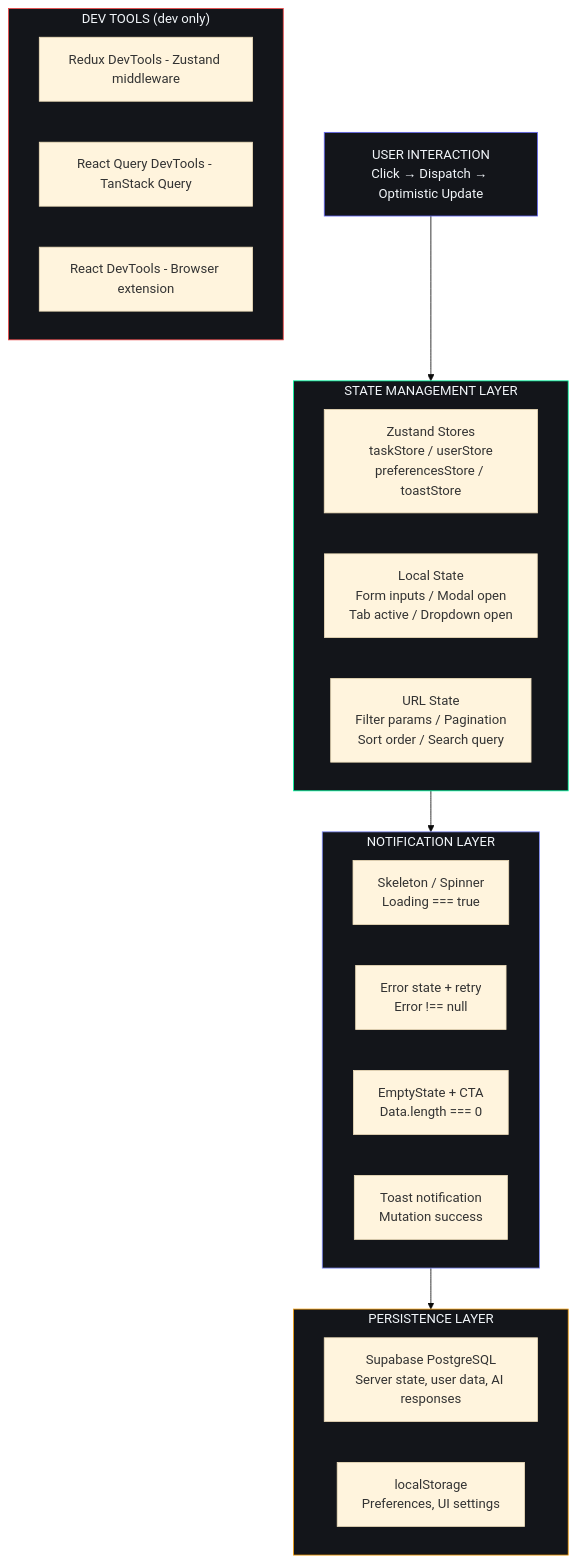
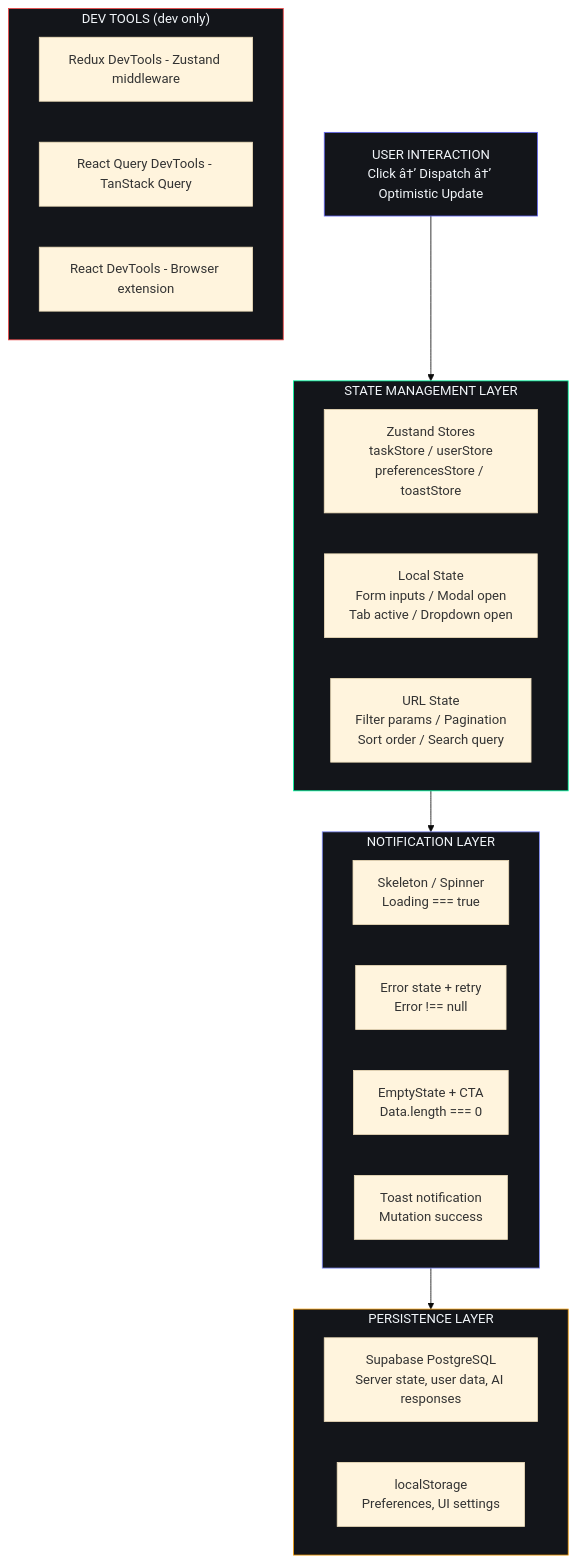
One commit to rohitkumarnaidu/ARIA-OS---SecondBrain- changed the second of 5 diagrams in docs/engineering/StateManagement.md. Above: the diagram before and after it, drawn with Mermaid (base theme). The commit also changed other lines of this file and 3 other files, not shown here.

````diff
--- a/docs/engineering/StateManagement.md
+++ b/docs/engineering/StateManagement.md
@@ -1680,38 +1689,38 @@
 ```mermaid
 graph TD
-    UI[USER INTERACTION<br/>Click → Dispatch → Optimistic Update]
+    UI[USER INTERACTION<br/>Click â†’ Dispatch â†’ Optimistic Update]
 
     subgraph SML["STATE MANAGEMENT LAYER"]
         ZS[Zustand Stores<br/>taskStore / userStore<br/>preferencesStore / toastStore]
         LS[Local State<br/>Form inputs / Modal open<br/>Tab active / Dropdown open]
         URL[URL State<br/>Filter params / Pagination<br/>Sort order / Search query]
     end
 
     subgraph NL["NOTIFICATION LAYER"]
         SK[Skeleton / Spinner<br/>Loading === true]
         ER[Error state + retry<br/>Error !== null]
         ES[EmptyState + CTA<br/>Data.length === 0]
         TN[Toast notification<br/>Mutation success]
     end
 
     subgraph PL["PERSISTENCE LAYER"]
         PG[Supabase PostgreSQL<br/>Server state, user data, AI responses]
         LS2[localStorage<br/>Preferences, UI settings]
     end
 
     subgraph DT["DEV TOOLS (dev only)"]
         RD[Redux DevTools - Zustand middleware]
         RQD[React Query DevTools - TanStack Query]
         RDT[React DevTools - Browser extension]
     end
 
     UI --> SML
     SML --> NL
     NL --> PL
 
     style UI fill:#13151A,stroke:#6366F1,color:#F1F5F9
     style SML fill:#13151A,stroke:#00FFA3,color:#F1F5F9
     style NL fill:#13151A,stroke:#818CF8,color:#F1F5F9
     style PL fill:#13151A,stroke:#F59E0B,color:#F1F5F9
     style DT fill:#13151A,stroke:#EF4444,color:#F1F5F9
 ```
````
